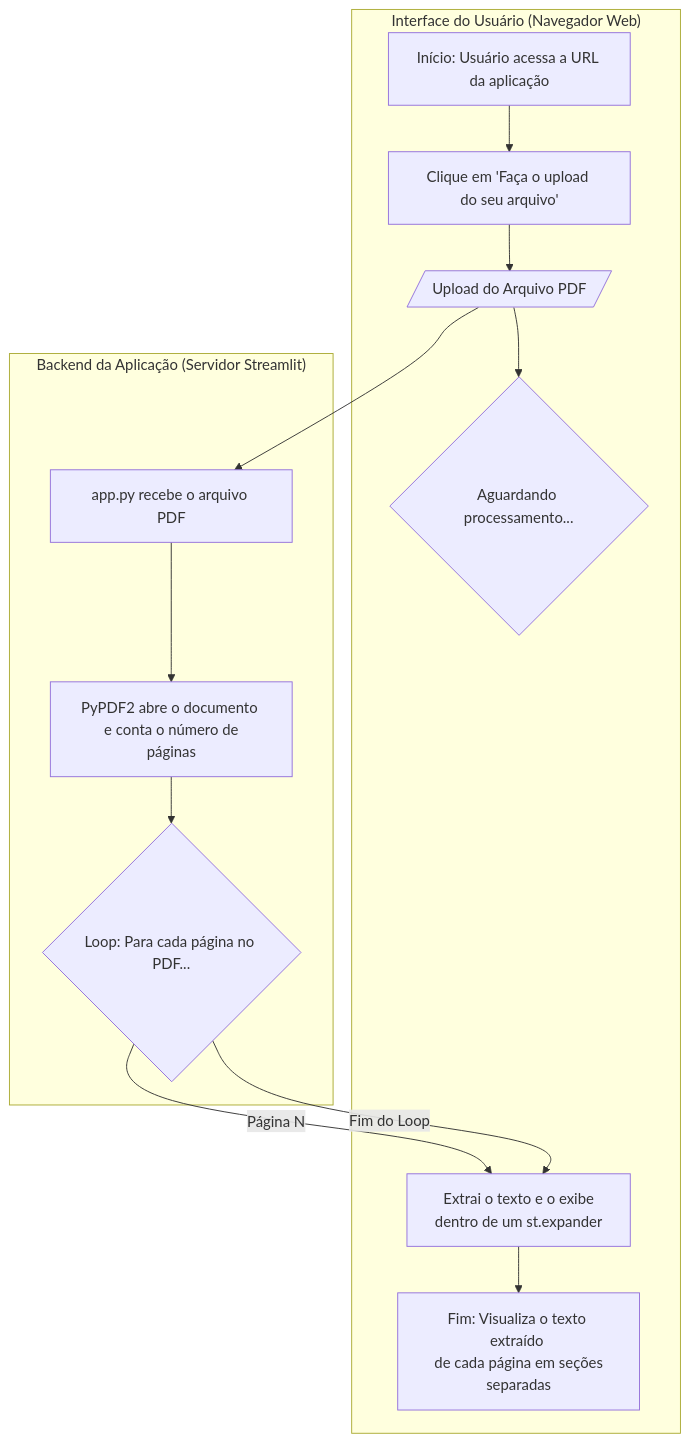
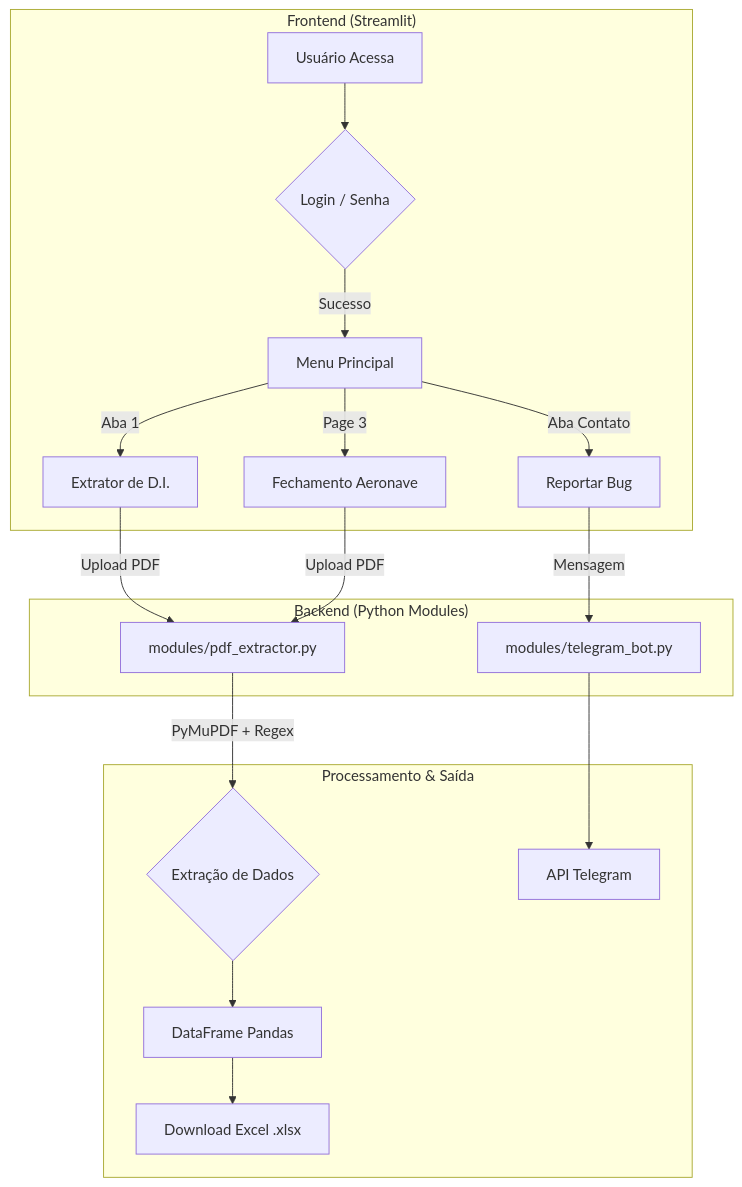
One commit to mulinco/extrator-pdf-streamlit changed the diagram in README.md. Above: the diagram before and after it, drawn with Mermaid. The commit also changed other lines of this file and 29 other files, not shown here.

````diff
--- a/README.md
+++ b/README.md
@@ -11,20 +15,23 @@
 ```mermaid
-%% Diagrama de Fluxo para o projeto extrator-pdf-streamlit
-%% Versão Ultra Segura - Corrigido por Gemini
-
 graph TD;
-    subgraph "Interface do Usuário (Navegador Web)"
-        A[Início: Usuário acessa a URL da aplicação] --> B["Clique em 'Faça o upload do seu arquivo'"];
-        B --> C[/Upload do Arquivo PDF/];
-        C --> D{Aguardando processamento...};
-        H --> I[Fim: Visualiza o texto extraído <br/> de cada página em seções separadas];
+    subgraph "Frontend (Streamlit)"
+        A[Usuário Acessa] --> B{Login / Senha};
+        B -- Sucesso --> C[Menu Principal];
+        C -->|Aba 1| D[Extrator de D.I.];
+        C -->|Page 3| E[Fechamento Aeronave];
+        C -->|Aba Contato| F[Reportar Bug];
     end
 
-    subgraph "Backend da Aplicação (Servidor Streamlit)"
-        C --> E[app.py recebe o arquivo PDF];
-        E --> F["PyPDF2 abre o documento <br/> e conta o número de páginas"];
-        F --> G{Loop: Para cada página no PDF...};
-        G --Página N--> H["Extrai o texto e o exibe <br/> dentro de um st.expander"];
-        G --Fim do Loop--> H;
+    subgraph "Backend (Python Modules)"
+        D -->|Upload PDF| G[modules/pdf_extractor.py];
+        E -->|Upload PDF| G;
+        F -->|Mensagem| H[modules/telegram_bot.py];
+    end
+
+    subgraph "Processamento & Saída"
+        G -->|PyMuPDF + Regex| I{Extração de Dados};
+        I --> J[DataFrame Pandas];
+        J --> K[Download Excel .xlsx];
+        H --> L[API Telegram];
     end
 ```
````
